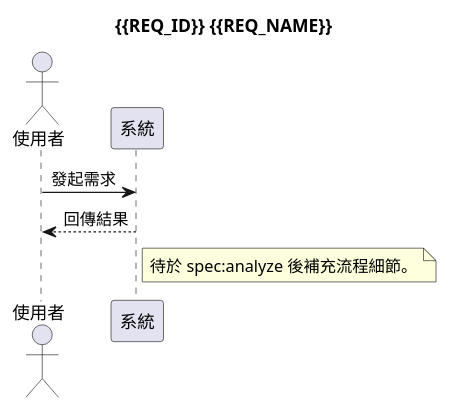
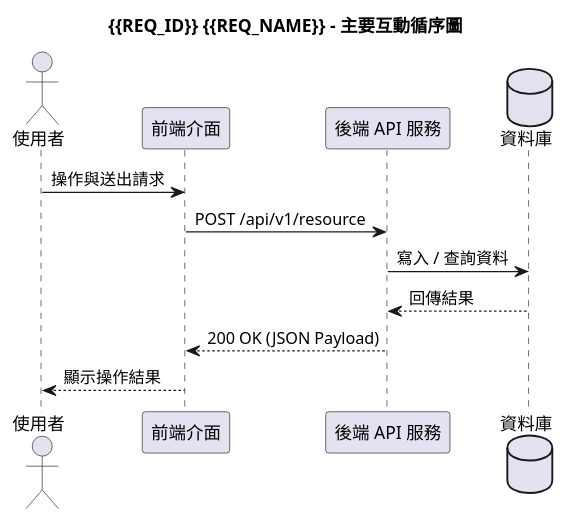
Before and after one commit to lovius215/ai_spec: the diagram in templates/project/req/uml/main.puml, drawn with PlantUML. The commit also changed 6 other files, not shown here.

Commit message:
fix: localize upgrade UI section, harden CLI flag parsing, align system-spec rule & templates

```diff
--- a/templates/project/req/uml/main.puml
+++ b/templates/project/req/uml/main.puml
@@ -1,14 +1,15 @@
 @startuml
-title {{REQ_ID}} {{REQ_NAME}}
+title {{REQ_ID}} {{REQ_NAME}} - 主要互動循序圖
 
-actor User as "使用者"
-participant System as "系統"
+actor "使用者" as User
+participant "前端介面" as Client
+participant "後端 API 服務" as API
+database "資料庫" as DB
 
-User -> System: 發起需求
-System --> User: 回傳結果
-
-note right of System
-待於 spec:analyze 後補充流程細節。
-end note
-
+User -> Client : 操作與送出請求
+Client -> API : POST /api/v1/resource
+API -> DB : 寫入 / 查詢資料
+DB --> API : 回傳結果
+API --> Client : 200 OK (JSON Payload)
+Client --> User : 顯示操作結果
 @enduml
```
